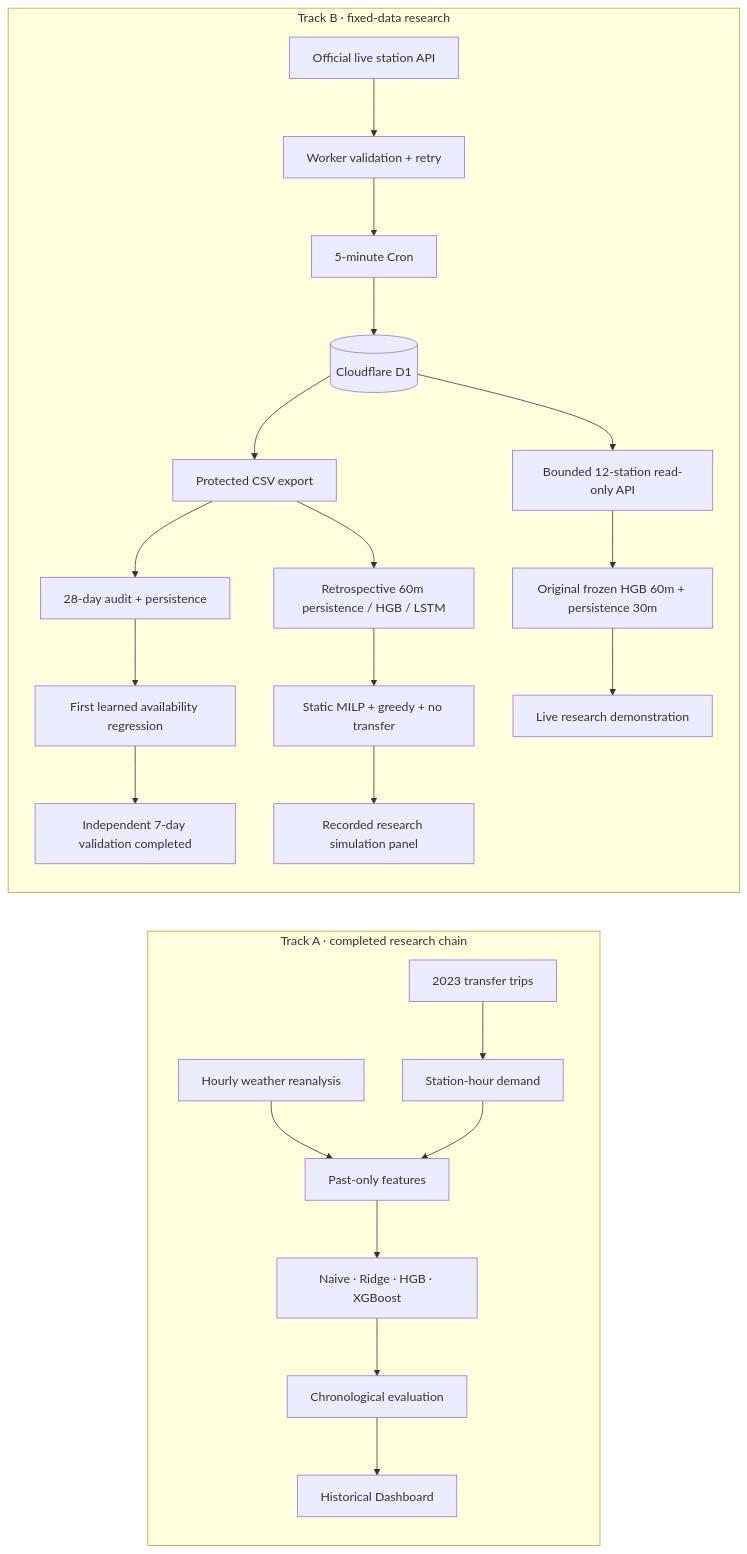
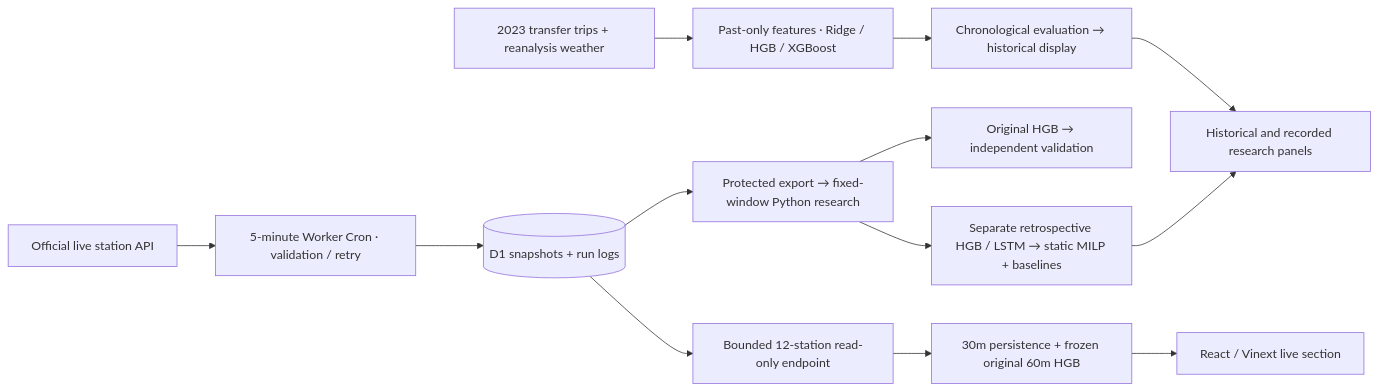
The diagram in README.md (mieuxwei/youbike-demand-prediction), drawn with Mermaid before and after one commit. The commit also changed other lines of this file and 13 other files, not shown here.

````diff
--- a/README.md
+++ b/README.md
@@ -154,26 +79,15 @@
 ```mermaid
 flowchart LR
-  subgraph A[Track A · completed research chain]
-    A1[2023 transfer trips] --> A2[Station-hour demand]
-    A3[Hourly weather reanalysis] --> A4[Past-only features]
-    A2 --> A4 --> A5[Naive · Ridge · HGB · XGBoost]
-    A5 --> A6[Chronological evaluation]
-    A6 --> A7[Historical Dashboard]
-  end
-
-  subgraph B[Track B · fixed-data research]
-    B1[Official live station API] --> B2[Worker validation + retry]
-    B2 --> B3[5-minute Cron]
-    B3 --> B4[(Cloudflare D1)]
-    B4 --> B5[Protected CSV export]
-    B5 --> B6[28-day audit + persistence]
-    B6 --> B7[First learned availability regression]
-    B7 --> B8[Independent 7-day validation completed]
-    B5 --> B9[Retrospective 60m persistence / HGB / LSTM]
-    B9 --> B10[Static MILP + greedy + no transfer]
-    B10 --> B11[Recorded research simulation panel]
-    B4 --> B12[Bounded 12-station read-only API]
-    B12 --> B13[Original frozen HGB 60m + persistence 30m]
-    B13 --> B14[Live research demonstration]
-  end
+  A["2023 transfer trips + reanalysis weather"] --> AF["Past-only features · Ridge / HGB / XGBoost"]
+  AF --> AH["Chronological evaluation → historical display"]
+  B["Official live station API"] --> C["5-minute Worker Cron · validation / retry"]
+  C --> D[("D1 snapshots + run logs")]
+  D --> E["Protected export → fixed-window Python research"]
+  E --> V["Original HGB → independent validation"]
+  E --> R["Separate retrospective HGB / LSTM → static MILP + baselines"]
+  D --> L["Bounded 12-station read-only endpoint"]
+  L --> F["30m persistence + frozen original 60m HGB"]
+  F --> UI["React / Vinext live section"]
+  AH --> UI2["Historical and recorded research panels"]
+  R --> UI2
 ```
````
